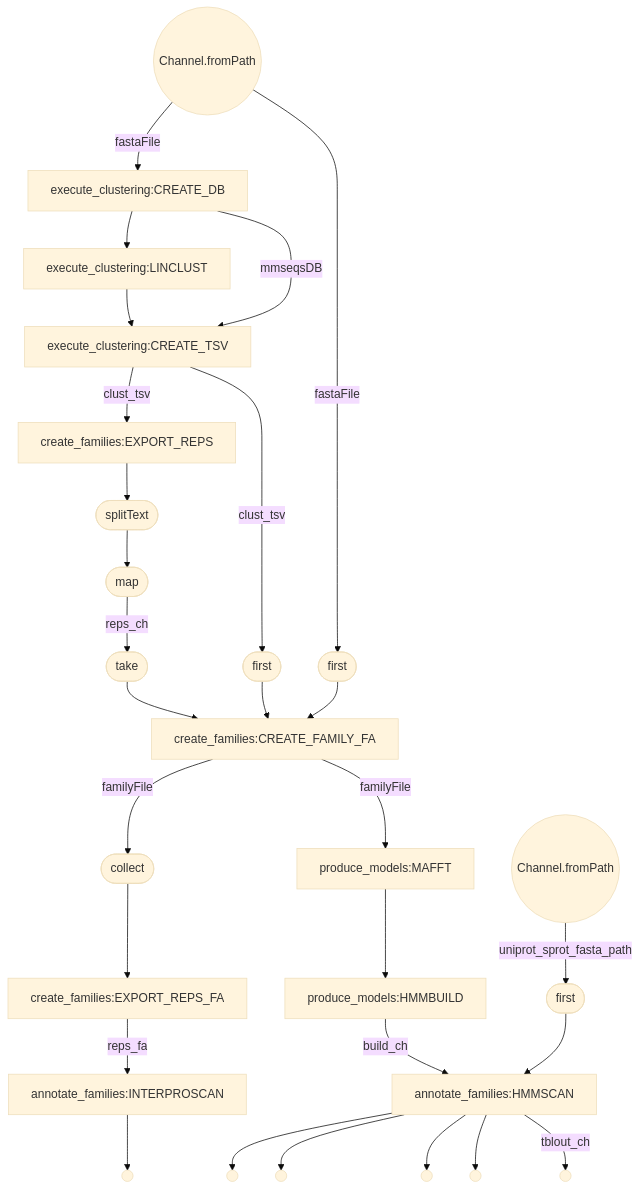
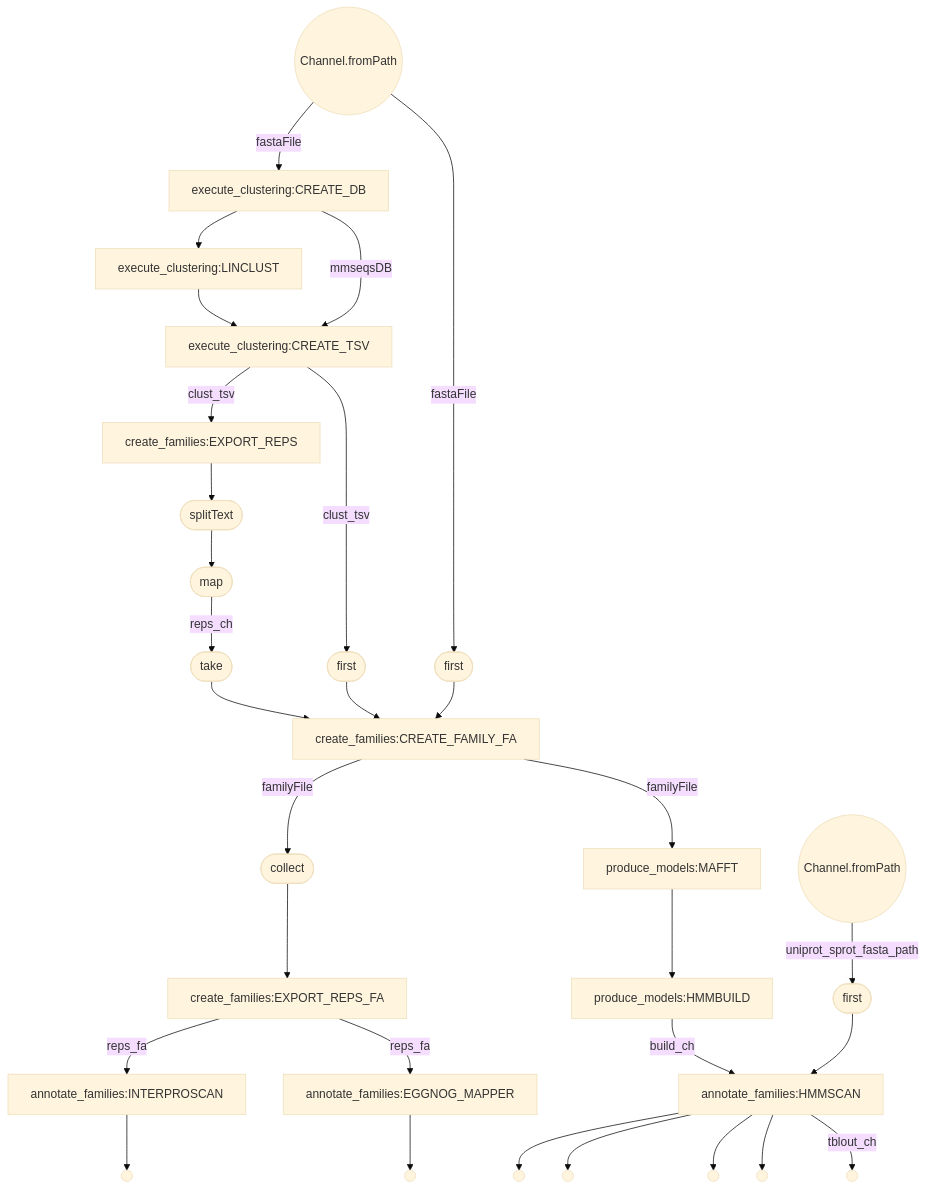
Before and after one commit to EBI-Metagenomics/mgnifams: the diagram in flowchart_main.mmd, drawn with Mermaid (base theme). The commit also changed 14 other files, not shown here.

```diff
--- a/flowchart_main.mmd
+++ b/flowchart_main.mmd
@@ -1,53 +1,57 @@
 flowchart TD
     p0((Channel.fromPath))
     p1[execute_clustering:CREATE_DB]
     p2[execute_clustering:LINCLUST]
     p3[execute_clustering:CREATE_TSV]
     p4[create_families:EXPORT_REPS]
     p5([splitText])
     p6([map])
     p7([first])
     p8([first])
     p9([take])
     p10[create_families:CREATE_FAMILY_FA]
     p11([collect])
     p12[create_families:EXPORT_REPS_FA]
     p13[produce_models:MAFFT]
     p14[produce_models:HMMBUILD]
     p15((Channel.fromPath))
     p16[annotate_families:INTERPROSCAN]
     p17(( ))
-    p18([first])
-    p19[annotate_families:HMMSCAN]
-    p20(( ))
-    p21(( ))
+    p18[annotate_families:EGGNOG_MAPPER]
+    p19(( ))
+    p20([first])
+    p21[annotate_families:HMMSCAN]
     p22(( ))
     p23(( ))
     p24(( ))
+    p25(( ))
+    p26(( ))
     p0 -->|fastaFile| p1
     p1 --> p2
     p2 --> p3
     p1 -->|mmseqsDB| p3
     p3 -->|clust_tsv| p4
     p4 --> p5
     p5 --> p6
     p6 -->|reps_ch| p9
     p3 -->|clust_tsv| p7
     p7 --> p10
     p0 -->|fastaFile| p8
     p8 --> p10
     p9 --> p10
     p10 -->|familyFile| p11
     p11 --> p12
     p12 -->|reps_fa| p16
     p10 -->|familyFile| p13
     p13 --> p14
-    p14 -->|build_ch| p19
-    p15 -->|uniprot_sprot_fasta_path| p18
+    p14 -->|build_ch| p21
+    p15 -->|uniprot_sprot_fasta_path| p20
     p16 --> p17
+    p12 -->|reps_fa| p18
     p18 --> p19
-    p19 --> p24
-    p19 --> p23
-    p19 --> p22
-    p19 --> p21
-    p19 -->|tblout_ch| p20
+    p20 --> p21
+    p21 --> p26
+    p21 --> p25
+    p21 --> p24
+    p21 --> p23
+    p21 -->|tblout_ch| p22
```
